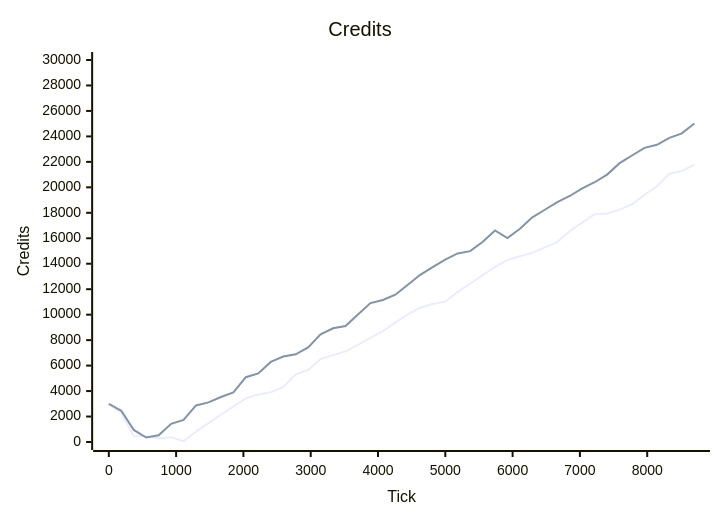
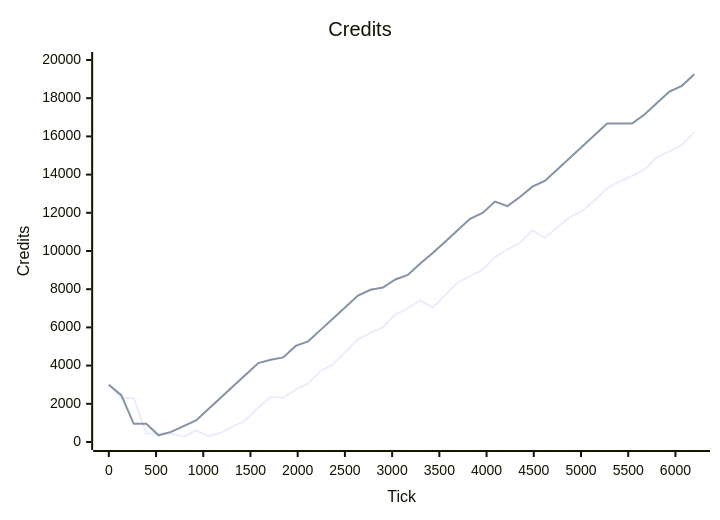
One commit to arn-c0de/Project_Nova changed the first of 4 diagrams in tools/Nova.AiLab/reports/latest.md. Above: the diagram before and after it, drawn with Mermaid. The commit also changed other lines of this file and 134 other files, not shown here.

````diff
--- a/tools/Nova.AiLab/reports/latest.md
+++ b/tools/Nova.AiLab/reports/latest.md
@@ -49,8 +49,8 @@
 ```mermaid
 xychart-beta
     title "Credits"
-    x-axis "Tick" 0 --> 8700
-    y-axis "Credits" 0 --> 30000
-    line [3000, 2300, 450, 450, 280, 370, 70, 820, 1480, 2140, 2800, 3430, 3730, 3910, 4330, 5320, 5650, 6520, 6820, 7120, 7630, 8170, 8710, 9370, 10030, 10540, 10840, 11020, 11770, 12430, 13090, 13750, 14290, 14590, 14860, 15280, 15700, 16570, 17230, 17890, 17950, 18250, 18670, 19420, 20080, 21070, 21280, 21790]
-    line [3000, 2450, 950, 350, 530, 1430, 1730, 2870, 3110, 3530, 3890, 5090, 5390, 6290, 6710, 6890, 7430, 8450, 8930, 9110, 10010, 10910, 11150, 11570, 12350, 13130, 13730, 14330, 14810, 14990, 15710, 16610, 16020, 16740, 17640, 18240, 18840, 19320, 19920, 20400, 21000, 21900, 22500, 23100, 23340, 23880, 24240, 25020]
+    x-axis "Tick" 0 --> 6200
+    y-axis "Credits" 0 --> 20000
+    line [3000, 2300, 2300, 450, 450, 450, 280, 610, 310, 490, 820, 1150, 1810, 2350, 2320, 2740, 3070, 3730, 4060, 4720, 5380, 5710, 6010, 6670, 7000, 7420, 7030, 7690, 8350, 8680, 9010, 9670, 10090, 10420, 11080, 10690, 11230, 11770, 12100, 12640, 13300, 13630, 13930, 14260, 14920, 15220, 15550, 16210]
+    line [3000, 2450, 950, 950, 350, 530, 830, 1130, 1730, 2330, 2930, 3530, 4130, 4310, 4430, 5030, 5270, 5870, 6470, 7070, 7670, 7970, 8090, 8510, 8750, 9350, 9890, 10490, 11090, 11690, 11990, 12590, 12350, 12830, 13370, 13670, 14270, 14870, 15470, 16070, 16670, 16670, 16670, 17150, 17750, 18350, 18650, 19250]
 ```
````
